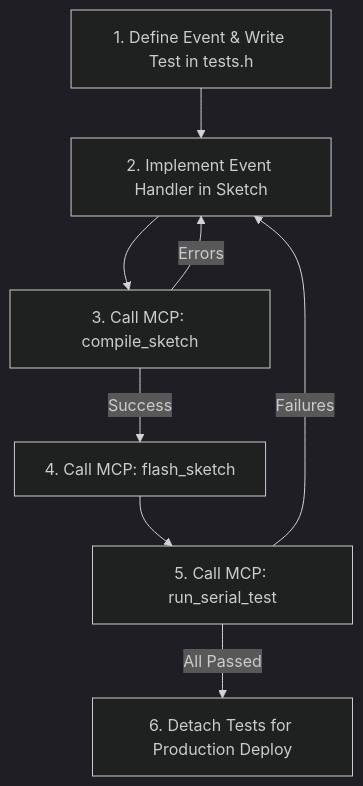
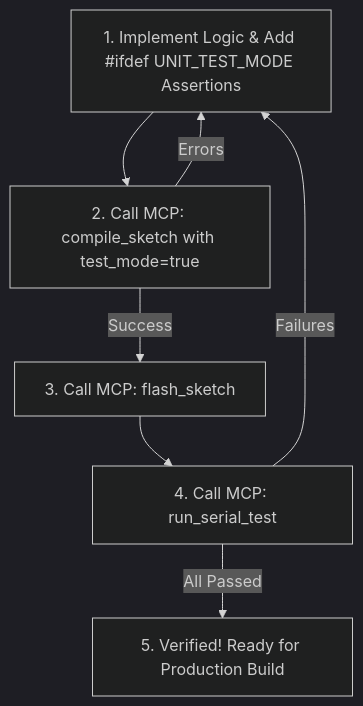
The diagram in templates/skills/mcu-agentic-tdd/SKILL.md (the-biKing/Thruster), drawn with Mermaid (dark theme) before and after one commit. The commit also changed other lines of this file and 10 other files, not shown here.

````diff
--- a/templates/skills/mcu-agentic-tdd/SKILL.md
+++ b/templates/skills/mcu-agentic-tdd/SKILL.md
@@ -37,10 +42,9 @@
 ```mermaid
 graph TD
-    A[1. Define Event & Write Test in tests.h] --> B[2. Implement Event Handler in Sketch]
-    B --> C[3. Call MCP: compile_sketch]
-    C -->|Errors| B
-    C -->|Success| D[4. Call MCP: flash_sketch]
-    D --> E[5. Call MCP: run_serial_test]
-    E -->|Failures| B
-    E -->|All Passed| F[6. Detach Tests for Production Deploy]
+    A[1. Implement Logic & Add #ifdef UNIT_TEST_MODE Assertions] --> B[2. Call MCP: compile_sketch with test_mode=true]
+    B -->|Errors| A
+    B -->|Success| C[3. Call MCP: flash_sketch]
+    C --> D[4. Call MCP: run_serial_test]
+    D -->|Failures| A
+    D -->|All Passed| E[5. Verified! Ready for Production Build]
 ```
````
